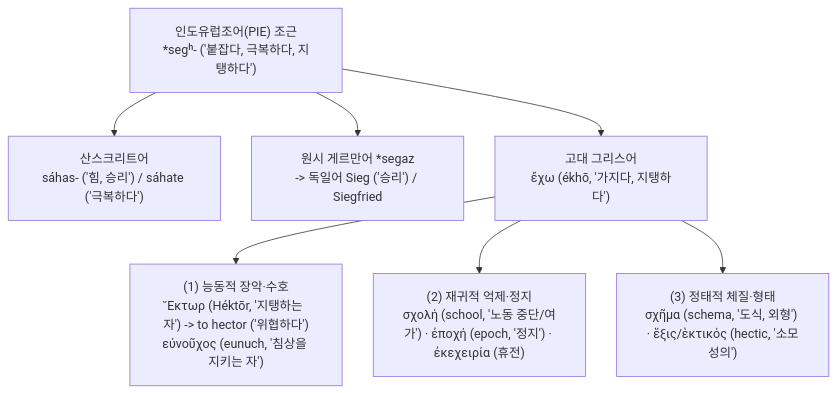
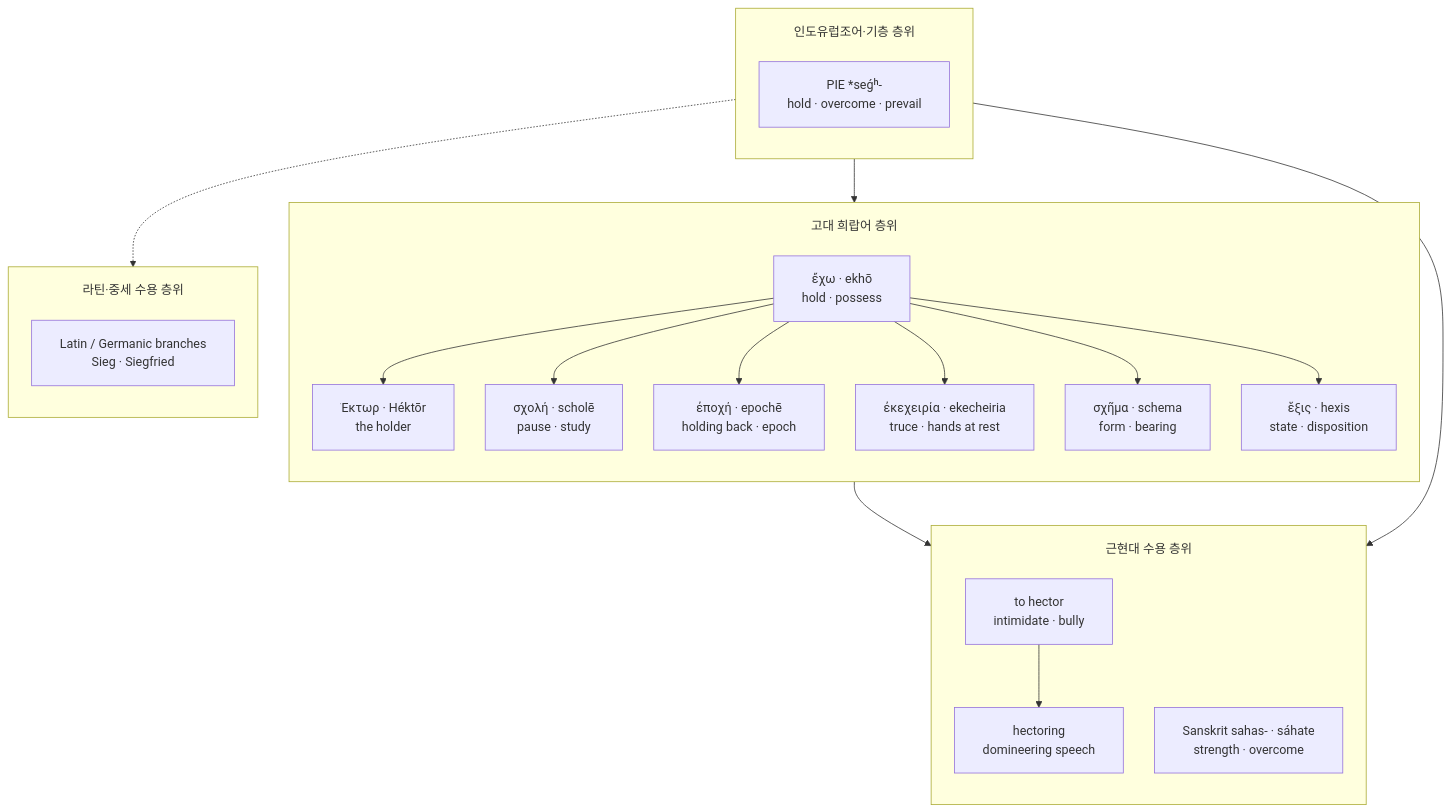
One commit to YgHnSIM/Homer_wiki changed the first of 2 diagrams in words/word-hector.md. Above: the diagram before and after it, drawn with Mermaid. The commit also changed other lines of this file, not shown here.

Commit message:
refactor(word-hector): Type C etymology Mermaid

````diff
--- a/words/word-hector.md
+++ b/words/word-hector.md
@@ -47,13 +47,38 @@
 ```mermaid
 %%{init: {'flowchart': {'useMaxWidth': true, 'nodeSpacing': 40, 'rankSpacing': 56, 'padding': 18, 'subGraphTitleMargin': {'top': 18, 'bottom': 10}}}}%%
 flowchart TD
-    PIE["인도유럽조어(PIE) 조근<br/>*seɡʰ- ('붙잡다, 극복하다, 지탱하다')"]
-
-    PIE --> SKT["산스크리트어<br/>sáhas- ('힘, 승리') / sáhate ('극복하다')"]
-    PIE --> GER["원시 게르만어 *segaz<br/>-> 독일어 Sieg ('승리') / Siegfried"]
-    PIE --> GRK["고대 그리스어<br/>ἔχω (ékhō, '가지다, 지탱하다')"]
-
-    GRK --> B1["(1) 능동적 장악·수호<br/>Ἕκτωρ (Héktōr, '지탱하는 자') -> to hector ('위협하다')<br/>εὐνοῦχος (eunuch, '침상을 지키는 자')"]
-    GRK --> B2["(2) 재귀적 억제·정지<br/>σχολή (school, '노동 중단/여가') · ἐποχή (epoch, '정지') · ἐκεχειρία (휴전)"]
-    GRK --> B3["(3) 정태적 체질·형태<br/>σχῆμα (schema, '도식, 외형') · ἕξις/ἑκτικός (hectic, '소모성의')"]
+    subgraph PIE_Stage ["인도유럽조어·기층 층위"]
+        direction TB
+        PIE["PIE *seǵʰ-<br/>hold · overcome · prevail"]:::substrate
+    end
+    subgraph Greek_Stage ["고대 희랍어 층위"]
+        direction TB
+        GRK["ἔχω · ekhō<br/>hold · possess"]:::greek
+        HECTOR["Ἕκτωρ · Héktōr<br/>the holder"]:::focus
+        SCHOOL["σχολή · scholē<br/>pause · study"]:::greek
+        EPOCH["ἐποχή · epochē<br/>holding back · epoch"]:::greek
+        EKECHEIRIA["ἐκεχειρία · ekecheiria<br/>truce · hands at rest"]:::greek
+        SCHEMA["σχῆμα · schema<br/>form · bearing"]:::greek
+        HECTIC["ἕξις · hexis<br/>state · disposition"]:::greek
+        GRK --> HECTOR
+        GRK --> SCHOOL
+        GRK --> EPOCH
+        GRK --> EKECHEIRIA
+        GRK --> SCHEMA
+        GRK --> HECTIC
+    end
+    subgraph Latin_Stage ["라틴·중세 수용 층위"]
+        direction TB
+        LAT["Latin / Germanic branches<br/>Sieg · Siegfried"]:::latin
+    end
+    subgraph Modern_Stage ["근현대 수용 층위"]
+        direction TB
+        VERB["to hector<br/>intimidate · bully"]:::english
+        DERIV["hectoring<br/>domineering speech"]:::english
+        SANS["Sanskrit sahas- · sáhate<br/>strength · overcome"]:::note
+        PIE --> SANS
+        HECTOR --> VERB --> DERIV
+    end
+    PIE --> GRK
+    PIE -.-> LAT
 ```
````
